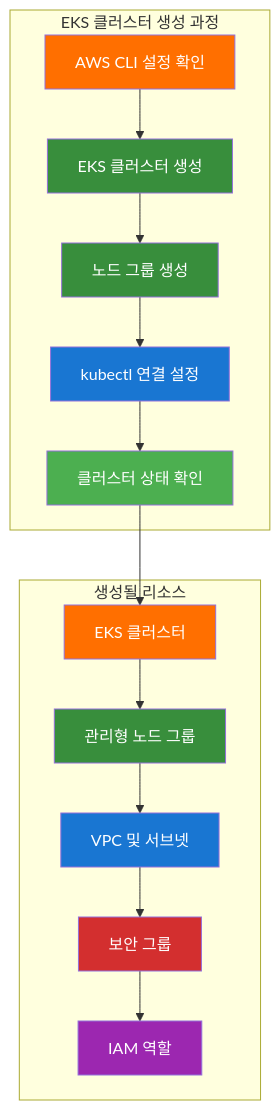
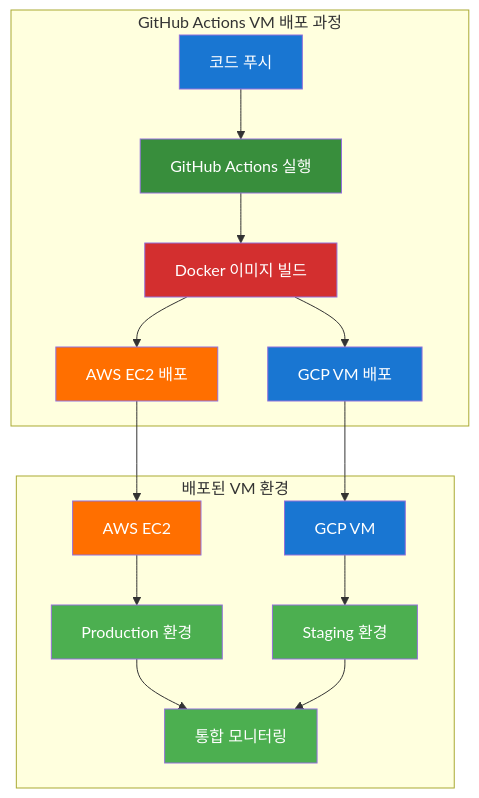
The sixth of 9 diagrams in mcp_knowledge_base/cloud_intermediate/lectures/day2/Day2_통합강의안_오후.md (jungfrau70/mcp_cloud), drawn with Mermaid before and after one commit. The commit also changed other lines of this file and 27 other files, not shown here.

Commit message:
Update: 2025-10-01 06:17:00 - mcp_knowledge_base/.cursor/rules/automation-architecture.mdc and 27 more files

````diff
--- a/mcp_knowledge_base/cloud_intermediate/lectures/day2/Day2_통합강의안_오후.md
+++ b/mcp_knowledge_base/cloud_intermediate/lectures/day2/Day2_통합강의안_오후.md
@@ -464,29 +423,30 @@
 ```mermaid
 flowchart TD
-    subgraph "EKS 클러스터 생성 과정"
-        A["AWS CLI 설정 확인"] --> B["EKS 클러스터 생성"]
-        B --> C["노드 그룹 생성"]
-        C --> D["kubectl 연결 설정"]
-        D --> E["클러스터 상태 확인"]
+    subgraph "GitHub Actions VM 배포 과정"
+        A["코드 푸시"] --> B["GitHub Actions 실행"]
+        B --> C["Docker 이미지 빌드"]
+        C --> D["AWS EC2 배포"]
+        C --> E["GCP VM 배포"]
     end
     
-    subgraph "생성될 리소스"
-        F["EKS 클러스터"] --> G["관리형 노드 그룹"]
-        G --> H["VPC 및 서브넷"]
-        H --> I["보안 그룹"]
-        I --> J["IAM 역할"]
+    subgraph "배포된 VM 환경"
+        F["AWS EC2"] --> G["Production 환경"]
+        H["GCP VM"] --> I["Staging 환경"]
+        G --> J["통합 모니터링"]
+        I --> J
     end
     
-    E --> F
+    D --> F
+    E --> H
     
-    style A fill:#ff6f00,color:#ffffff
+    style A fill:#1976d2,color:#ffffff
     style B fill:#388e3c,color:#ffffff
-    style C fill:#388e3c,color:#ffffff
-    style D fill:#1976d2,color:#ffffff
-    style E fill:#4caf50,color:#ffffff
+    style C fill:#d32f2f,color:#ffffff
+    style D fill:#ff6f00,color:#ffffff
+    style E fill:#1976d2,color:#ffffff
     style F fill:#ff6f00,color:#ffffff
-    style G fill:#388e3c,color:#ffffff
+    style G fill:#4caf50,color:#ffffff
     style H fill:#1976d2,color:#ffffff
-    style I fill:#d32f2f,color:#ffffff
-    style J fill:#9c27b0,color:#ffffff
+    style I fill:#4caf50,color:#ffffff
+    style J fill:#4caf50,color:#ffffff
 ```
````
